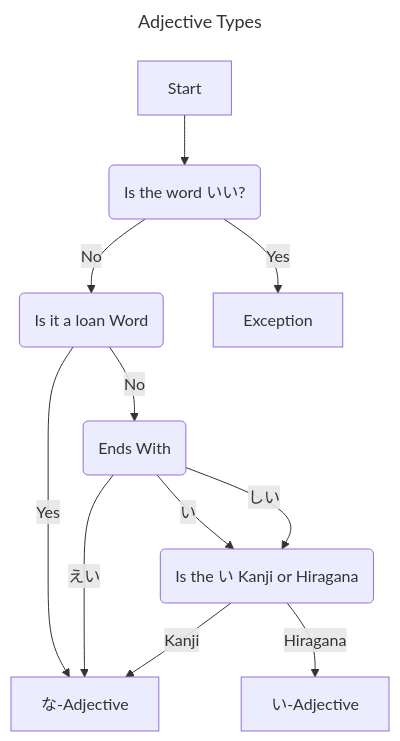
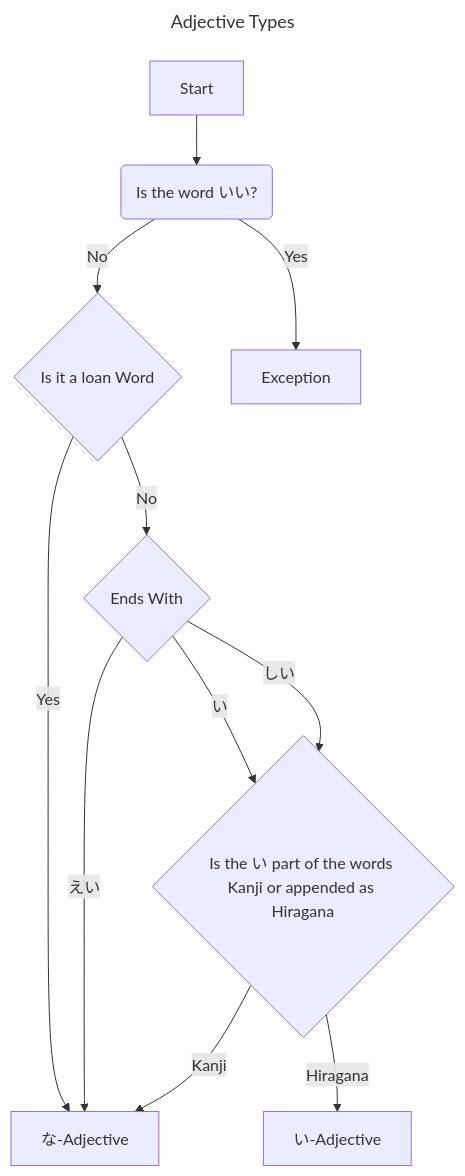
The diagram in Grammar/い-Adjectives-And-な-Adjectives.md (NathanKewley/Japanese), drawn with Mermaid before and after one commit.

Commit message:
attempt at a diagram

````diff
--- a/Grammar/い-Adjectives-And-な-Adjectives.md
+++ b/Grammar/い-Adjectives-And-な-Adjectives.md
@@ -55,24 +55,24 @@
 ```mermaid
 ---
 title: Adjective Types
 ---
 flowchart TD;
     Start[Start] --> Except(Is the word いい?)
-    IsIt(Is it a loan Word)
-    NotLoan(Ends With)
-    KanjiEnds(Is the い Kanji or Hiragana)
+    IsIt{Is it a loan Word}
+    NotLoan{Ends With}
+    KanjiEnds{Is the い part of the words Kanji or appended as Hiragana}
 
     い-Adjective[い-Adjective]
     な-Adjective[な-Adjective]
     Exception[Exception]
 
     Except -->|Yes| Exception
     Except -->|No| IsIt
     IsIt -->|Yes| な-Adjective
     IsIt -->|No| NotLoan
     NotLoan -->|えい| な-Adjective
     NotLoan -->|い| KanjiEnds
     NotLoan -->|しい| KanjiEnds
     KanjiEnds -->|Kanji| な-Adjective
     KanjiEnds -->|Hiragana| い-Adjective
 ```
````
